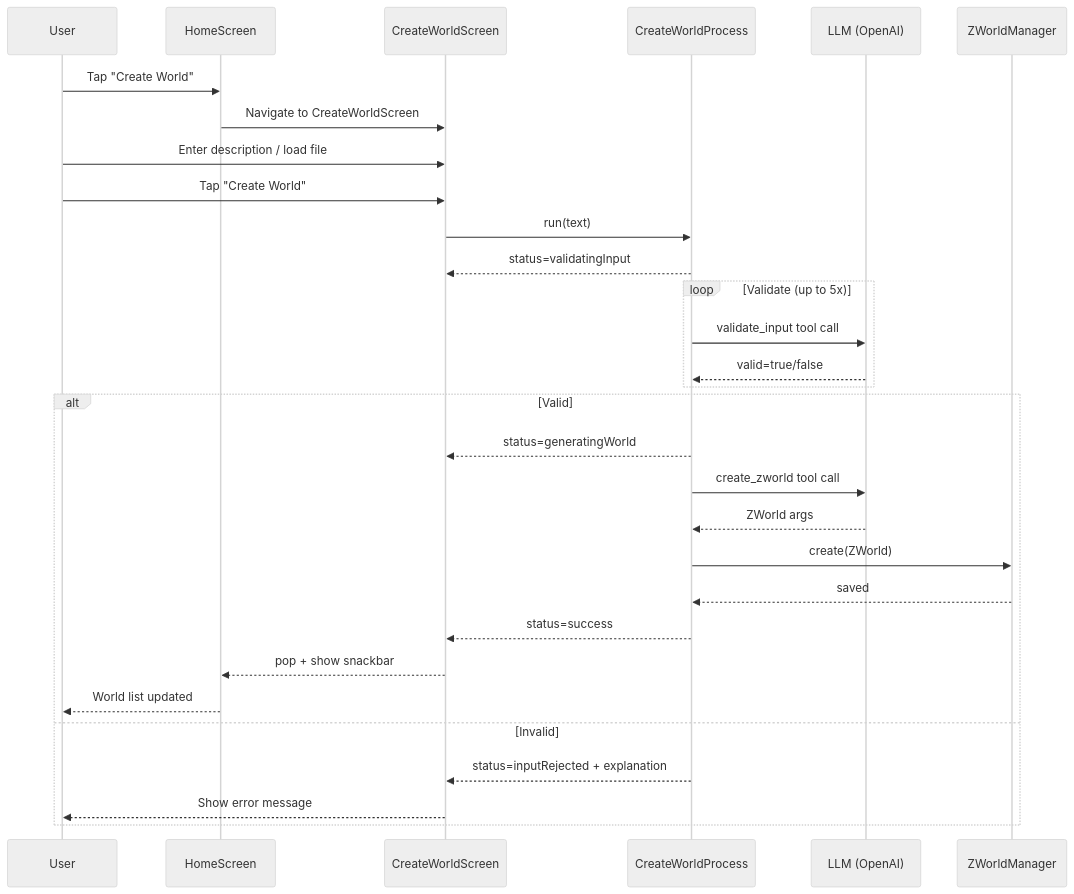
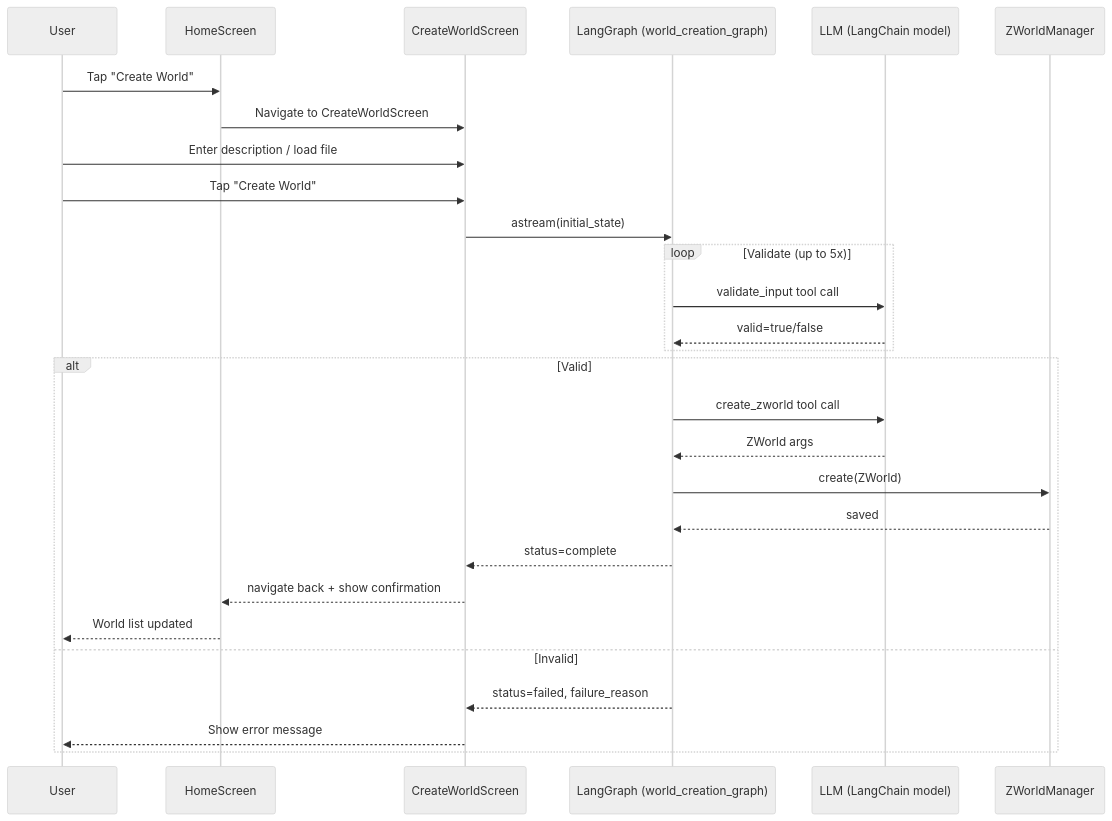
Before and after one commit to peterbaileyct/zforge: the third of 4 diagrams in docs/User Experience.md, drawn with Mermaid (neutral theme). The commit also changed other lines of this file and 11 other files, not shown here.

````diff
--- a/docs/User Experience.md
+++ b/docs/User Experience.md
@@ -181,33 +175,31 @@
 ```mermaid
 sequenceDiagram
     participant U as User
     participant H as HomeScreen
     participant C as CreateWorldScreen
-    participant P as CreateWorldProcess
-    participant LLM as LLM (OpenAI)
+    participant G as LangGraph (world_creation_graph)
+    participant LLM as LLM (LangChain model)
     participant WM as ZWorldManager
 
     U->>H: Tap "Create World"
     H->>C: Navigate to CreateWorldScreen
     U->>C: Enter description / load file
     U->>C: Tap "Create World"
-    C->>P: run(text)
-    P-->>C: status=validatingInput
+    C->>G: astream(initial_state)
     loop Validate (up to 5x)
-        P->>LLM: validate_input tool call
-        LLM-->>P: valid=true/false
+        G->>LLM: validate_input tool call
+        LLM-->>G: valid=true/false
     end
     alt Valid
-        P-->>C: status=generatingWorld
-        P->>LLM: create_zworld tool call
-        LLM-->>P: ZWorld args
-        P->>WM: create(ZWorld)
-        WM-->>P: saved
-        P-->>C: status=success
-        C-->>H: pop + show snackbar
+        G->>LLM: create_zworld tool call
+        LLM-->>G: ZWorld args
+        G->>WM: create(ZWorld)
+        WM-->>G: saved
+        G-->>C: status=complete
+        C-->>H: navigate back + show confirmation
         H-->>U: World list updated
     else Invalid
-        P-->>C: status=inputRejected + explanation
+        G-->>C: status=failed, failure_reason
         C-->>U: Show error message
     end
 ```
````
